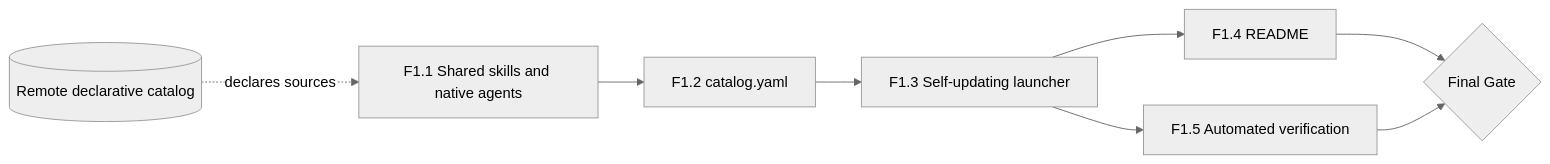
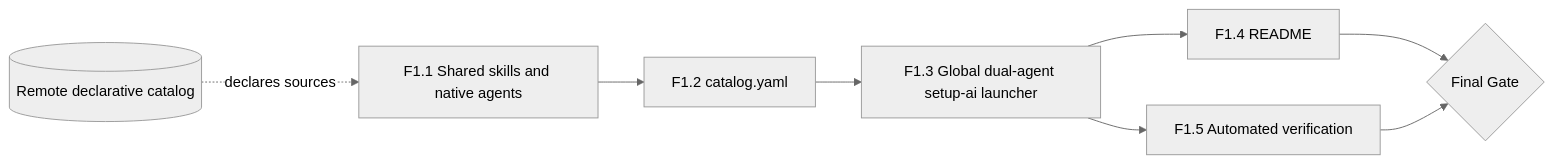
Before and after one commit to charlstown/my-aisy-toolkit: the second of 2 diagrams in specs/roadmap.md, drawn with Mermaid (neutral theme). The commit also changed other lines of this file and 5 other files, not shown here.

Commit message:
chore: clean setup-ai global launcher specs

````diff
--- a/specs/roadmap.md
+++ b/specs/roadmap.md
@@ -52,10 +52,10 @@
 ```mermaid
 flowchart LR
     CATALOG[(Remote declarative catalog)] -.declares sources.-> F1[F1.1 Shared skills and native agents]
     F1 --> F2[F1.2 catalog.yaml]
-    F2 --> F3[F1.3 Self-updating launcher]
+    F2 --> F3[F1.3 Global dual-agent setup-ai launcher]
     F3 --> F4[F1.4 README]
     F3 --> F5[F1.5 Automated verification]
     F4 --> GATE{Final Gate}
     F5 --> GATE
 ```
````
